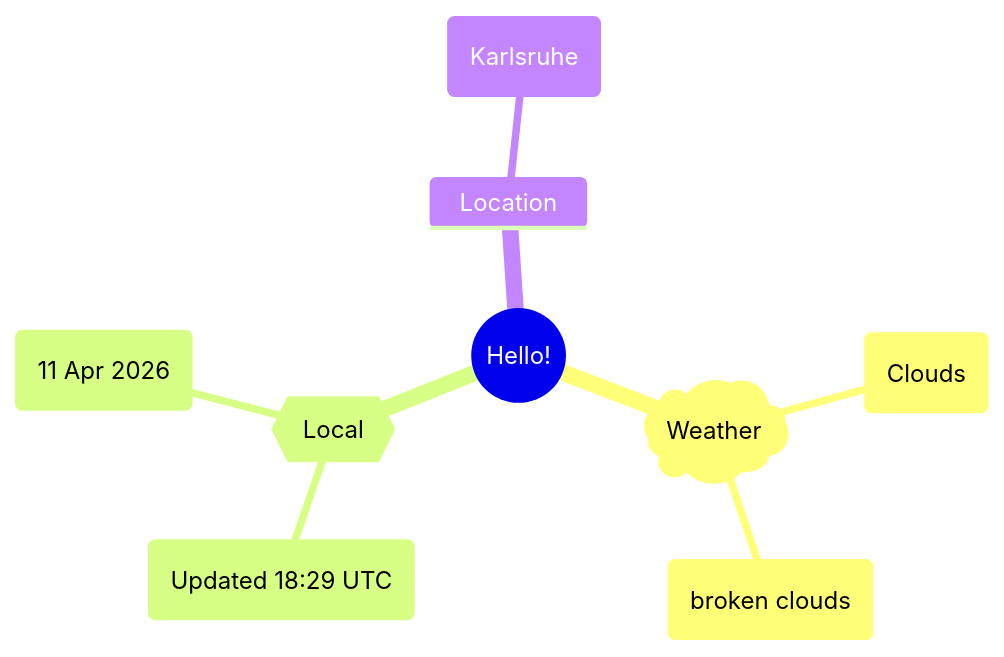
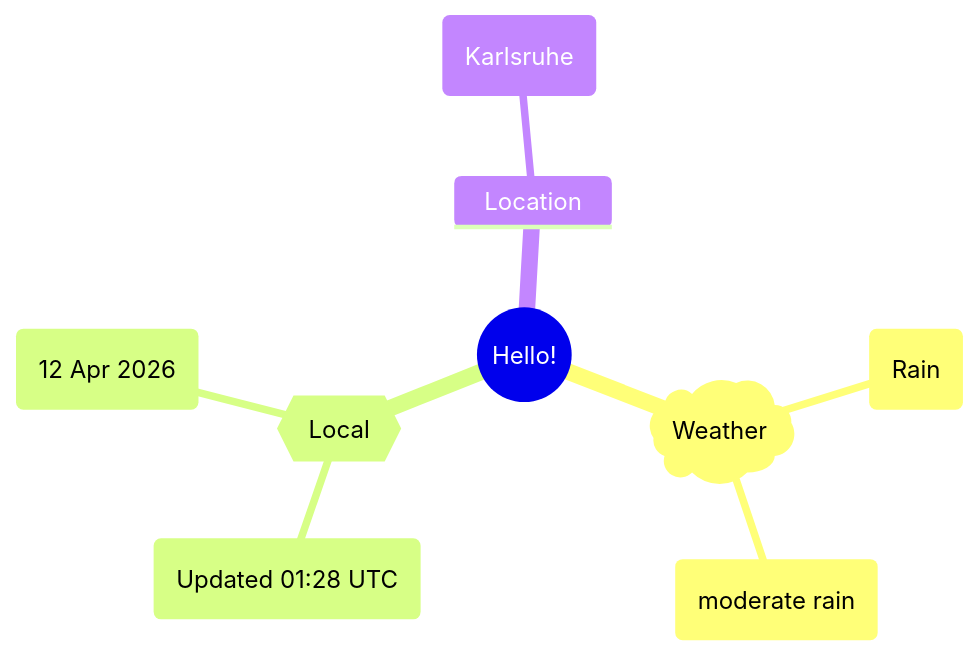
The first of 2 diagrams in README.md (Xosrov/Xosrov), drawn with Mermaid before and after one commit.

Commit message:
[bot] updated images

````diff
--- a/README.md
+++ b/README.md
@@ -3,12 +3,12 @@
 ```mermaid
 mindmap
   root((Hello!))
     )Weather(
-        (Clouds)
-        (broken clouds)
+        (Rain)
+        (moderate rain)
     {{Local}}
-        (Updated 18:29 UTC)
-        (11 Apr 2026)
+        (Updated 01:28 UTC)
+        (12 Apr 2026)
     Location
         (Karlsruhe)
 ```
````
